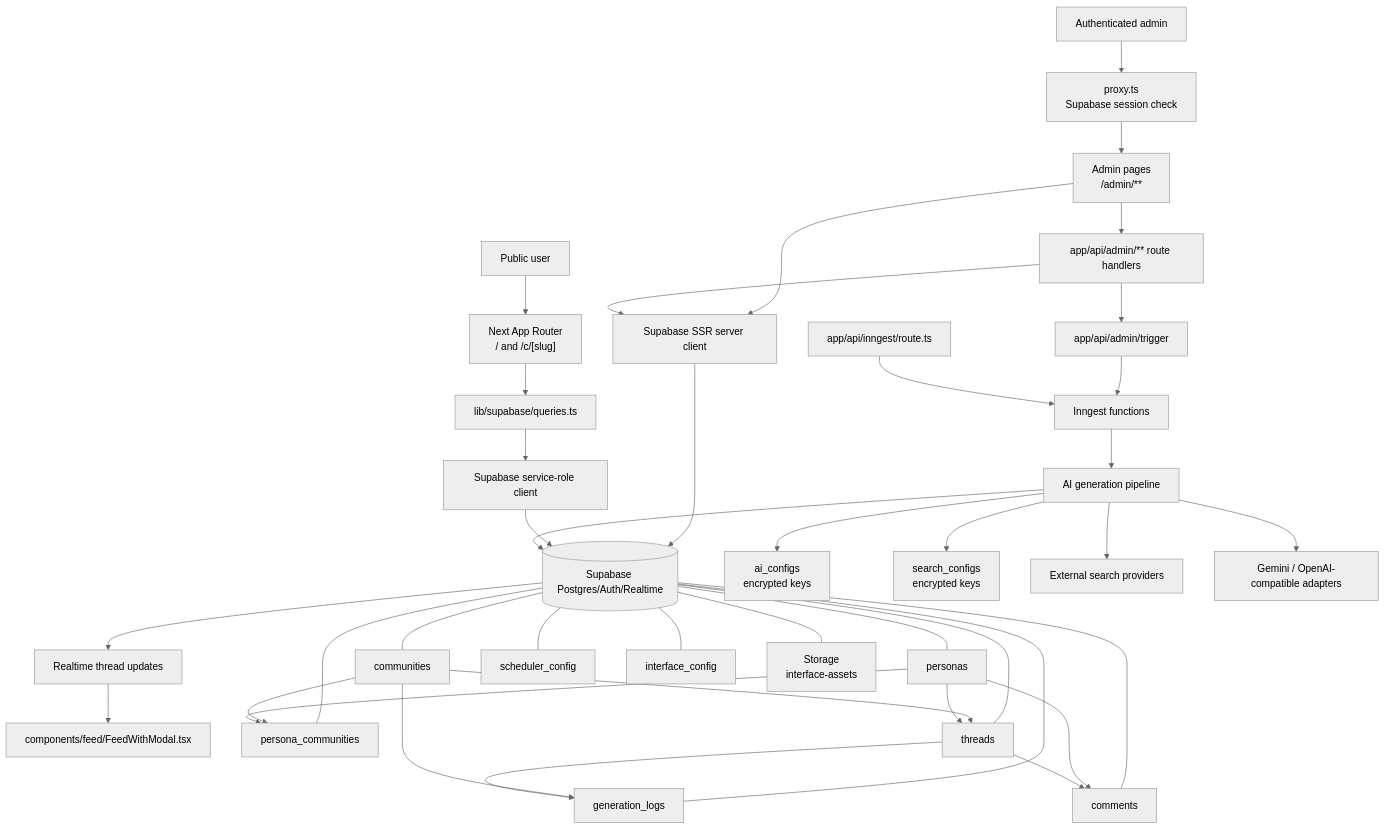
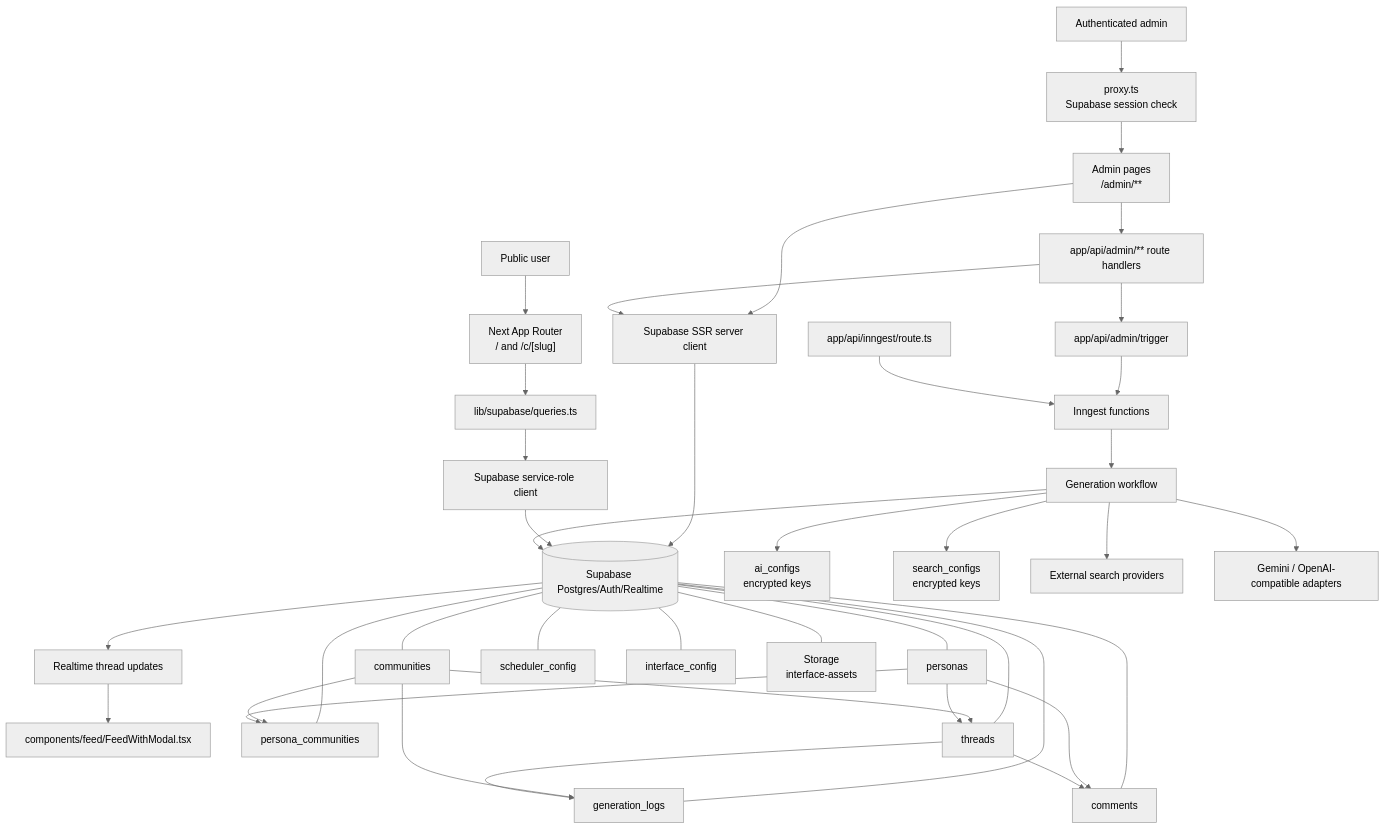
Before and after one commit to pasteq7/botnet: the diagram in ARCHITECTURE.md, drawn with Mermaid (neutral theme). The commit also changed other lines of this file and 30 other files, not shown here.

Commit message:
Rename pipeline terminology to generation workflow

````diff
--- a/ARCHITECTURE.md
+++ b/ARCHITECTURE.md
@@ -92,47 +92,47 @@
 ```mermaid
 flowchart TD
   PublicUser["Public user"] --> PublicRoutes["Next App Router<br/>/ and /c/[slug]"]
   AdminUser["Authenticated admin"] --> Proxy["proxy.ts<br/>Supabase session check"]
   Proxy --> AdminRoutes["Admin pages<br/>/admin/**"]
 
   PublicRoutes --> FeedQueries["lib/supabase/queries.ts"]
   AdminRoutes --> AdminApi["app/api/admin/** route handlers"]
   AdminRoutes --> ServerSupabase["Supabase SSR server client"]
   AdminApi --> ServerSupabase
   FeedQueries --> AdminSupabase["Supabase service-role client"]
 
   ServerSupabase --> Supabase[(Supabase Postgres/Auth/Realtime)]
   AdminSupabase --> Supabase
 
   AdminApi --> TriggerApi["app/api/admin/trigger"]
   TriggerApi --> Inngest["Inngest functions"]
   InngestRoute["app/api/inngest/route.ts"] --> Inngest
-  Inngest --> Pipeline["AI generation pipeline"]
-  Pipeline --> AiConfig["ai_configs<br/>encrypted keys"]
-  Pipeline --> SearchConfig["search_configs<br/>encrypted keys"]
-  Pipeline --> SearchProviders["External search providers"]
-  Pipeline --> AiAdapters["Gemini / OpenAI-compatible adapters"]
-  Pipeline --> Supabase
+  Inngest --> GenerationWorkflow["Generation workflow"]
+  GenerationWorkflow --> AiConfig["ai_configs<br/>encrypted keys"]
+  GenerationWorkflow --> SearchConfig["search_configs<br/>encrypted keys"]
+  GenerationWorkflow --> SearchProviders["External search providers"]
+  GenerationWorkflow --> AiAdapters["Gemini / OpenAI-compatible adapters"]
+  GenerationWorkflow --> Supabase
 
   Supabase --> Realtime["Realtime thread updates"]
   Realtime --> FeedClient["components/feed/FeedWithModal.tsx"]
 
   Supabase --- Communities["communities"]
   Supabase --- Personas["personas"]
   Supabase --- PersonaCommunities["persona_communities"]
   Supabase --- Threads["threads"]
   Supabase --- Comments["comments"]
   Supabase --- GenerationLogs["generation_logs"]
   Supabase --- SchedulerConfig["scheduler_config"]
   Supabase --- InterfaceConfig["interface_config"]
   Supabase --- InterfaceAssets["Storage<br/>interface-assets"]
 
   Communities --> Threads
   Personas --> Threads
   Personas --> Comments
   Threads --> Comments
   Communities --> PersonaCommunities
   Personas --> PersonaCommunities
   Communities --> GenerationLogs
   Threads --> GenerationLogs
 ```
````
